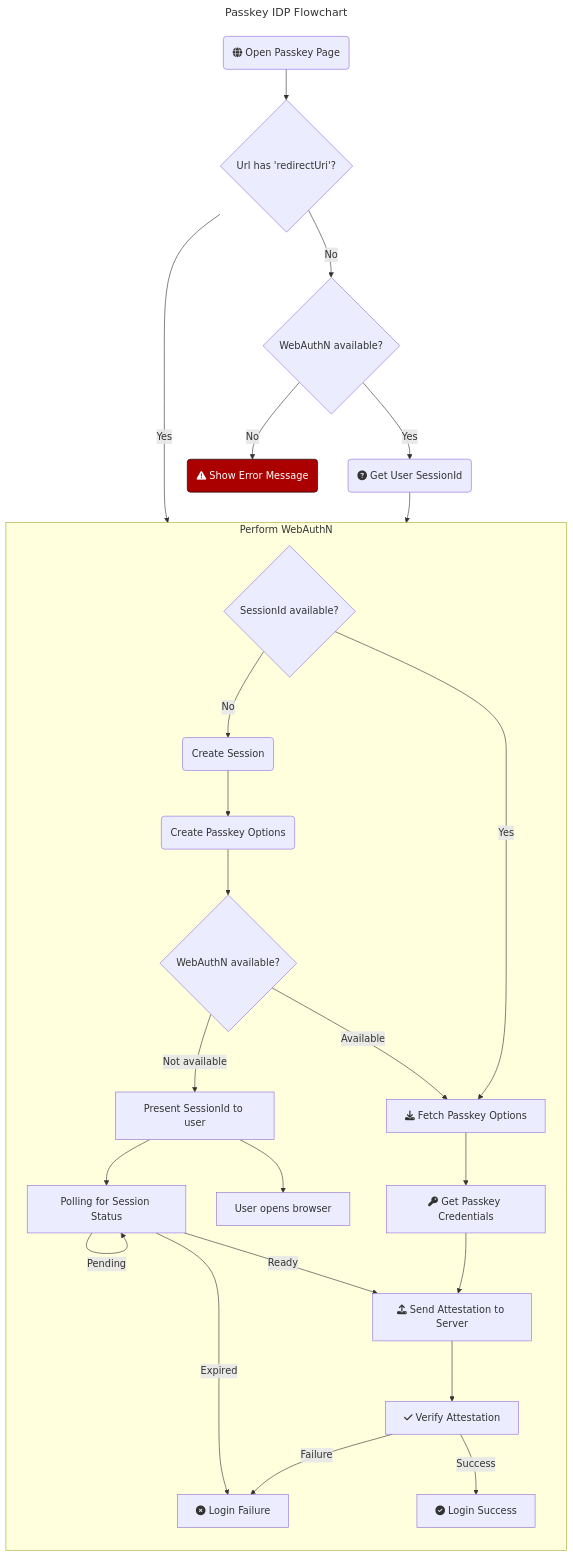
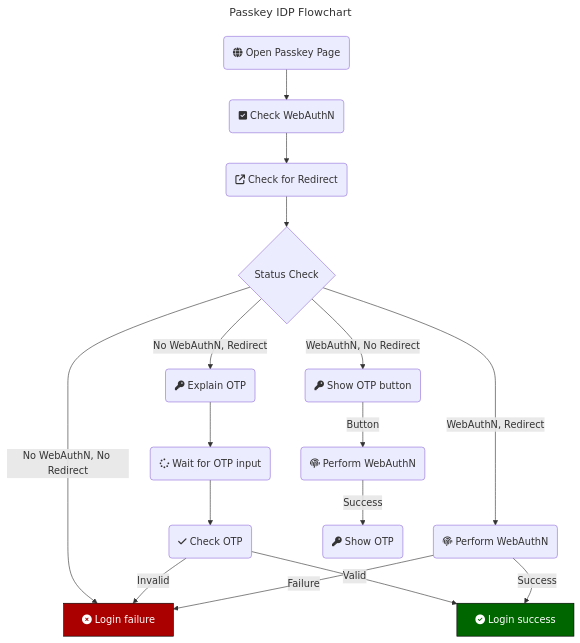
The diagram in docs/Passkey-IDP-Flowchart.mmd (jguzdv/Passkey-Authentication), drawn with Mermaid before and after one commit. The commit also changed 2 other files, not shown here.

Commit message:
Flow description

```diff
--- a/docs/Passkey-IDP-Flowchart.mmd
+++ b/docs/Passkey-IDP-Flowchart.mmd
@@ -1,66 +1,54 @@
 ---
 title: Passkey IDP Flowchart
 ---
 flowchart TB
     %% Nodes
     Open("fa:fa-globe Open Passkey Page")
-    HasRedirect{"Url has 'redirectUri'?"}
-    HasWebAuthN{"WebAuthN available?"}
-    AskSession("fa:fa-question-circle Get User SessionId")
-    ShowError("fa:fa-exclamation-triangle Show Error Message")
+    CheckCaps("fa:fa-check-square Check WebAuthN")
+    CheckRedirect("fa:fa-external-link Check for Redirect")
+    StatusCheck{"Status Check"}
 
-    Open --> HasRedirect
-    HasRedirect -->|Yes| PerformWebAuthN
-    HasRedirect -->|No| HasWebAuthN
-    HasWebAuthN -->|Yes| AskSession
-    HasWebAuthN -->|No| ShowError
-    AskSession --> PerformWebAuthN
+    AskOTP("fa:fa-key Explain OTP")
+    WaitForOtp("fa:fa-spinner Wait for OTP input")
+    CheckOTP("fa:fa-check Check OTP")
+
+    PerformWebAuthN("fa:fa-fingerprint Perform WebAuthN")
+
+    AllowOTPCreation("fa:fa-key Show OTP button")
+    CreateOTP(fa:fa-fingerprint Perform WebAuthN)
+    ShowOTP("fa:fa-key Show OTP")
+
+    LoginFailure["fa:fa-times-circle Login failure"]
+    LoginSuccess["fa:fa-check-circle Login success"]
 
 
-    subgraph PerformWebAuthN["Perform WebAuthN"]
-        direction TB
+    Open --> CheckCaps
+    CheckCaps --> CheckRedirect
+    CheckRedirect --> StatusCheck
+    StatusCheck -->|No WebAuthN, No Redirect| LoginFailure
+    StatusCheck -->|No WebAuthN, Redirect| AskOTP
+    StatusCheck -->|WebAuthN, Redirect| PerformWebAuthN
+    StatusCheck -->|WebAuthN, No Redirect| AllowOTPCreation
+    
+    %% User could use OTP
+    AskOTP --> WaitForOtp
+    WaitForOtp --> CheckOTP
+    CheckOTP -->|Valid| LoginSuccess
+    CheckOTP -->|Invalid| LoginFailure
+    
 
-        HasSession{"SessionId available?"}
+    PerformWebAuthN --> |Success| LoginSuccess
+    PerformWebAuthN --> |Failure| LoginFailure
 
-        CreateSession("Create Session")
-        CreateOptions("Create Passkey Options")
 
-        QCapability{"WebAuthN available?"}
-        GetOptions["fa:fa-download Fetch Passkey Options"]
-        GetCredetials["fa:fa-key Get Passkey Credentials"]
-        SendAttestation["fa:fa-upload Send Attestation to Server"]
-        VerifyAttestation["fa:fa-check Verify Attestation"]
-        LoginSuccess["fa:fa-check-circle Login Success"]
-        LoginFailure["fa:fa-times-circle Login Failure"]
-        
-        PresentSession["Present SessionId to user"]
-        OpenOtherBrowser["User opens browser"]
-        PollingForSessionStatus["Polling for Session Status"]
-
-        HasSession -->|No| CreateSession
-        CreateSession --> CreateOptions
-        CreateOptions --> QCapability
-        QCapability -->|Available| GetOptions
-        QCapability -->|Not available| PresentSession
-        HasSession -->|Yes| GetOptions
-        PresentSession --> PollingForSessionStatus
-        PresentSession --> OpenOtherBrowser
-
-        PollingForSessionStatus --> |Expired| LoginFailure
-        PollingForSessionStatus --> |Pending| PollingForSessionStatus
-        PollingForSessionStatus --> |Ready| SendAttestation
-
-        GetOptions --> GetCredetials
-        GetCredetials --> SendAttestation
-        SendAttestation --> VerifyAttestation
-        VerifyAttestation -->|Success| LoginSuccess
-        VerifyAttestation -->|Failure| LoginFailure
-    end
+    AllowOTPCreation --> |Button| CreateOTP
+    CreateOTP --> |Success| ShowOTP
 
     %% Edge connections between nodes
     
         
         
 
     %% Individual node styling. Try the visual editor toolbar for easier styling!
-        style ShowError color:#FFF, fill:#A00, stroke:#000
+        style LoginFailure color:#FFF, fill:#A00, stroke:#000
+        style LoginSuccess color:#FFF, fill:#060, stroke:#000
```
